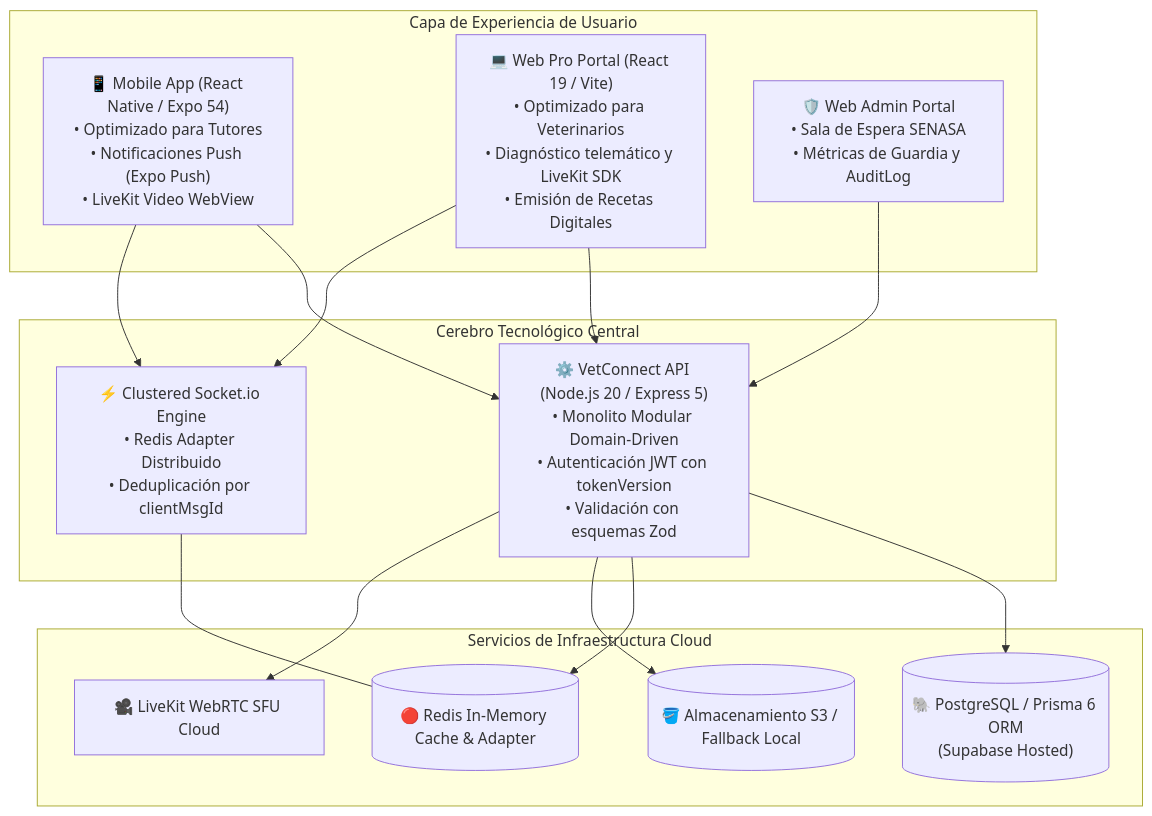
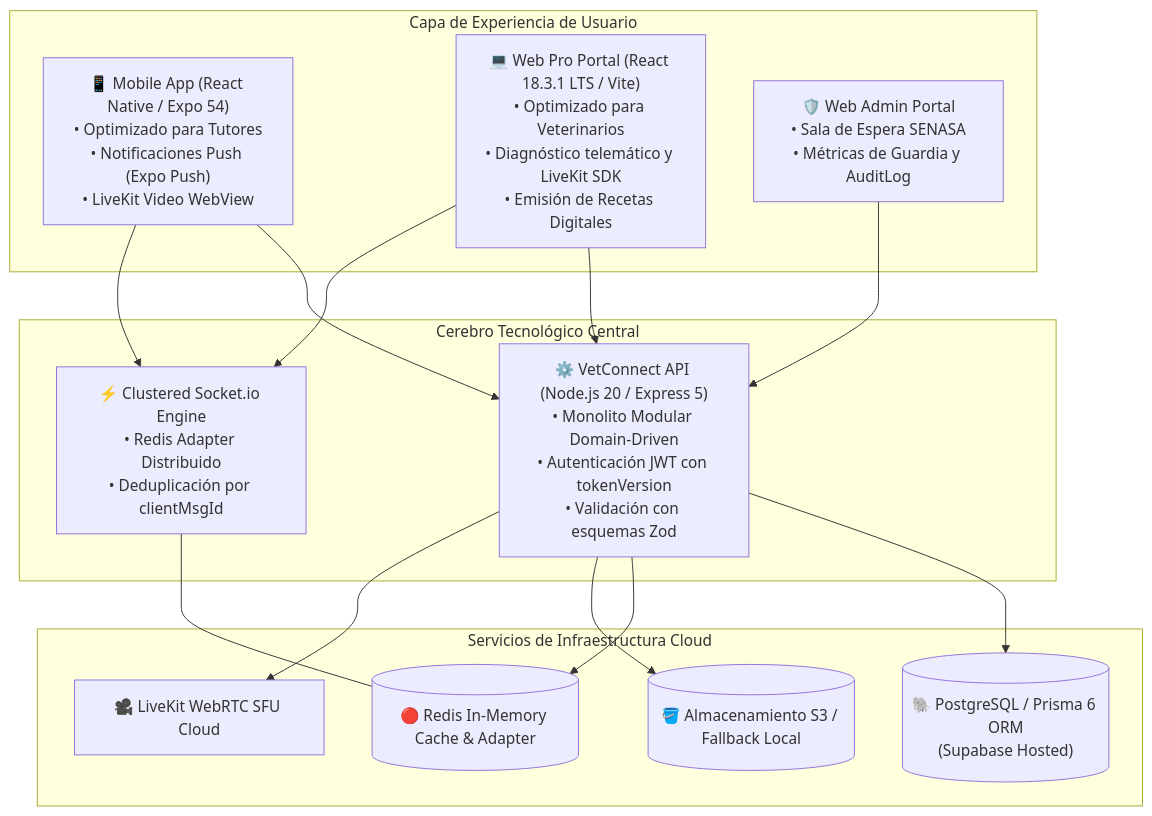
One commit to grupo-pinnacle/VetConnect changed the diagram in docs/BRIEF.md. Above: the diagram before and after it, drawn with Mermaid. The commit also changed 74 other files, not shown here.

````diff
--- a/docs/BRIEF.md
+++ b/docs/BRIEF.md
@@ -80,31 +80,31 @@
 ```mermaid
 flowchart TD
     subgraph FrontendClients["Capa de Experiencia de Usuario"]
         Mobile["📱 Mobile App (React Native / Expo 54)<br/>• Optimizado para Tutores<br/>• Notificaciones Push (Expo Push)<br/>• LiveKit Video WebView"]
-        WebPro["💻 Web Pro Portal (React 19 / Vite)<br/>• Optimizado para Veterinarios<br/>• Diagnóstico telemático y LiveKit SDK<br/>• Emisión de Recetas Digitales"]
+        WebPro["💻 Web Pro Portal (React 18.3.1 LTS / Vite)<br/>• Optimizado para Veterinarios<br/>• Diagnóstico telemático y LiveKit SDK<br/>• Emisión de Recetas Digitales"]
         WebAdmin["🛡️ Web Admin Portal<br/>• Sala de Espera SENASA<br/>• Métricas de Guardia y AuditLog"]
     end
 
     subgraph CoreBackend["Cerebro Tecnológico Central"]
         API["⚙️ VetConnect API (Node.js 20 / Express 5)<br/>• Monolito Modular Domain-Driven<br/>• Autenticación JWT con tokenVersion<br/>• Validación con esquemas Zod"]
         Realtime["⚡ Clustered Socket.io Engine<br/>• Redis Adapter Distribuido<br/>• Deduplicación por clientMsgId"]
     end
 
     subgraph CloudServices["Servicios de Infraestructura Cloud"]
         DB[("🐘 PostgreSQL / Prisma 6 ORM<br/>(Supabase Hosted)")]
         Redis[("🔴 Redis In-Memory Cache & Adapter")]
         S3[("🪣 Almacenamiento S3 / Fallback Local")]
         LiveKit["🎥 LiveKit WebRTC SFU Cloud"]
     end
 
     Mobile --> API
     Mobile --> Realtime
     WebPro --> API
     WebPro --> Realtime
     WebAdmin --> API
     API --> DB
     API --> Redis
     API --> S3
     API --> LiveKit
     Realtime --- Redis
 ```
````
